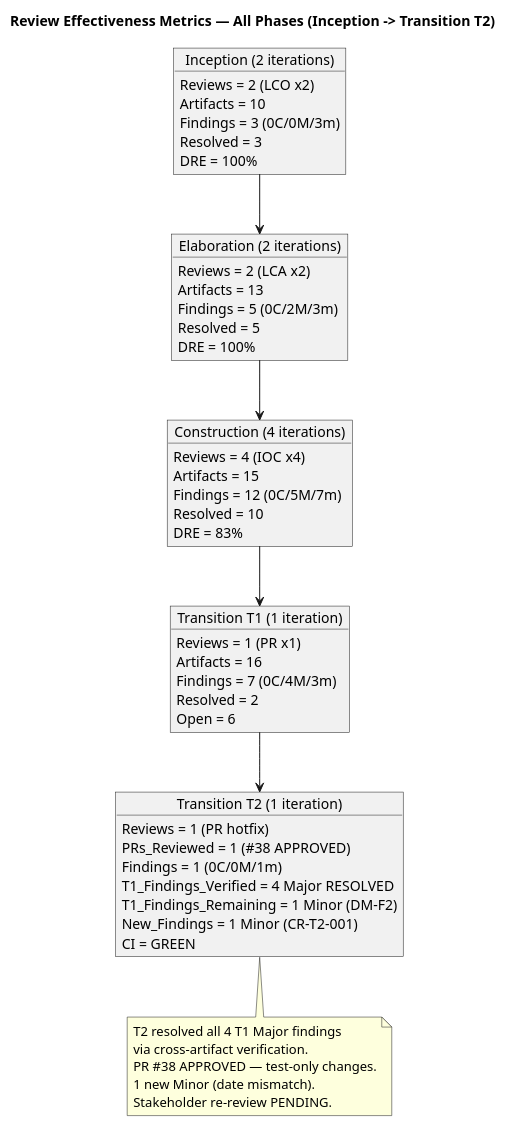
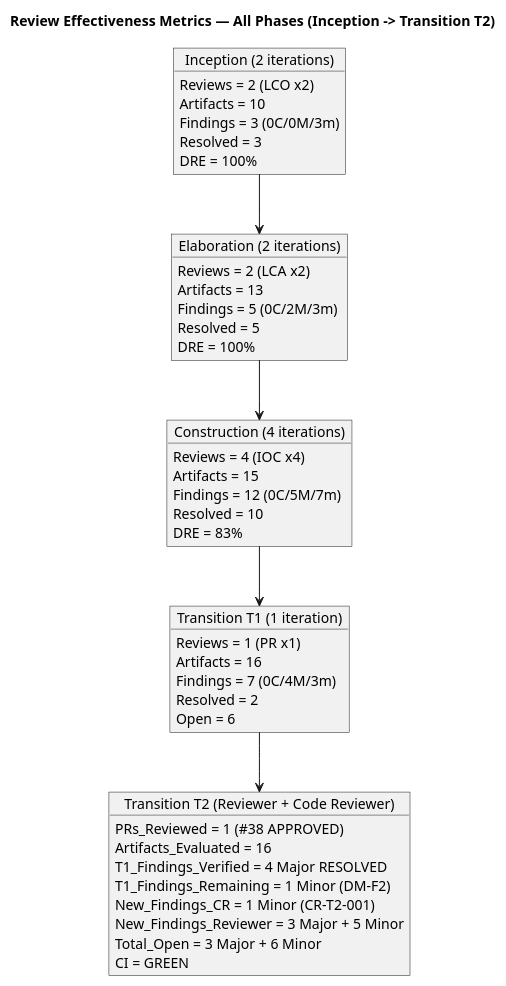
The fifth of 6 diagrams in docs/artifacts/project-management/review-record.md (banense-test/portal-cuba-corp), drawn with PlantUML before and after one commit. The commit also changed other lines of this file, not shown here.

First line of the commit message:
Reviewer [T2]: upsert Review Record

````diff
--- a/docs/artifacts/project-management/review-record.md
+++ b/docs/artifacts/project-management/review-record.md
@@ -282,66 +470,59 @@
 ```plantuml
 @startuml
 title Review Effectiveness Metrics — All Phases (Inception -> Transition T2)
 
 skinparam classAttributeIconSize 0
 skinparam classBackgroundColor #F0F4FF
 skinparam classBorderColor #336699
 skinparam shadowing false
 
 object "Inception (2 iterations)" as INC {
   Reviews = 2 (LCO x2)
   Artifacts = 10
   Findings = 3 (0C/0M/3m)
   Resolved = 3
   DRE = 100%
 }
 
 object "Elaboration (2 iterations)" as ELA {
   Reviews = 2 (LCA x2)
   Artifacts = 13
   Findings = 5 (0C/2M/3m)
   Resolved = 5
   DRE = 100%
 }
 
 object "Construction (4 iterations)" as CON {
   Reviews = 4 (IOC x4)
   Artifacts = 15
   Findings = 12 (0C/5M/7m)
   Resolved = 10
   DRE = 83%
 }
 
 object "Transition T1 (1 iteration)" as TRA1 {
   Reviews = 1 (PR x1)
   Artifacts = 16
   Findings = 7 (0C/4M/3m)
   Resolved = 2
   Open = 6
 }
 
-object "Transition T2 (1 iteration)" as TRA2 {
-  Reviews = 1 (PR hotfix)
+object "Transition T2 (Reviewer + Code Reviewer)" as TRA2 {
   PRs_Reviewed = 1 (#38 APPROVED)
-  Findings = 1 (0C/0M/1m)
+  Artifacts_Evaluated = 16
   T1_Findings_Verified = 4 Major RESOLVED
   T1_Findings_Remaining = 1 Minor (DM-F2)
-  New_Findings = 1 Minor (CR-T2-001)
+  New_Findings_CR = 1 Minor (CR-T2-001)
+  New_Findings_Reviewer = 3 Major + 5 Minor
+  Total_Open = 3 Major + 6 Minor
   CI = GREEN
 }
 
 INC --> ELA
 ELA --> CON
 CON --> TRA1
 TRA1 --> TRA2
 
-note bottom of TRA2
-  T2 resolved all 4 T1 Major findings
-  via cross-artifact verification.
-  PR #38 APPROVED — test-only changes.
-  1 new Minor (date mismatch).
-  Stakeholder re-review PENDING.
-end note
-
 @enduml
 ```
````
